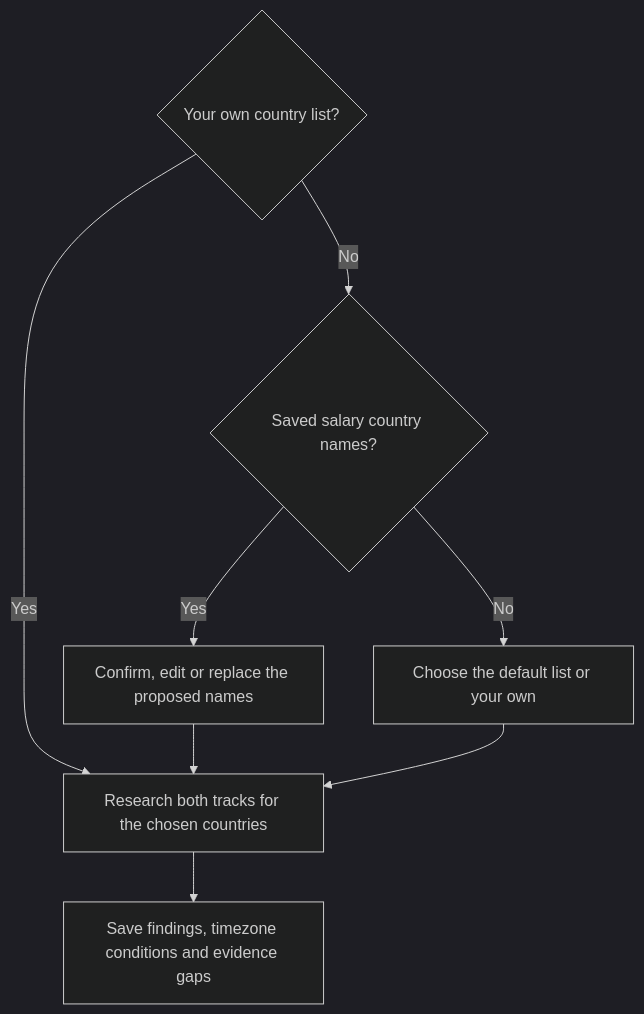
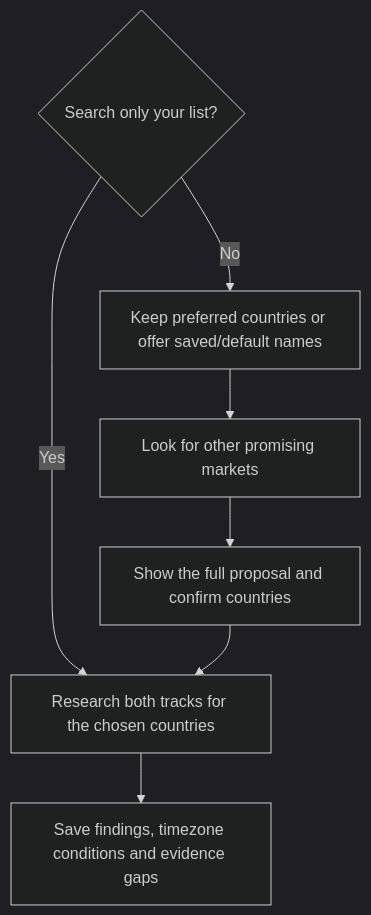
Before and after one commit to myowinthein/agent-compass: the diagram in docs/commands/country-finder/step2-country-discovery.md, drawn with Mermaid (dark theme). The commit also changed other lines of this file and 16 other files, not shown here.

First line of the commit message:
feat(country-finder): discover markets beyond preferred countries

````diff
--- a/docs/commands/country-finder/step2-country-discovery.md
+++ b/docs/commands/country-finder/step2-country-discovery.md
@@ -19,10 +19,9 @@
 ```mermaid
 flowchart TD
-  Scope{"Your own country list?"} -->|Yes| Research["Research both tracks for the chosen countries"]
-  Scope -->|No| Salary{"Saved salary country names?"}
-  Salary -->|Yes| Offer["Confirm, edit or replace the proposed names"]
-  Salary -->|No| Default["Choose the default list or your own"]
+  Scope{"Search only your list?"} -->|Yes| Research["Research both tracks for the chosen countries"]
+  Scope -->|No| Start["Keep preferred countries or offer saved/default names"]
+  Start --> Discover["Look for other promising markets"]
+  Discover --> Offer["Show the full proposal and confirm countries"]
   Offer --> Research
-  Default --> Research
   Research --> Save["Save findings, timezone conditions and evidence gaps"]
 ```
````
